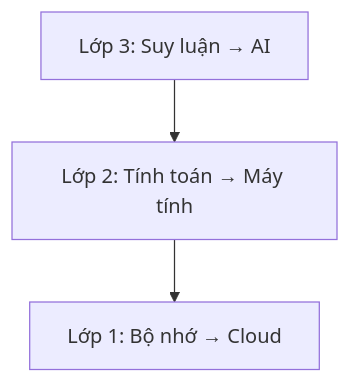
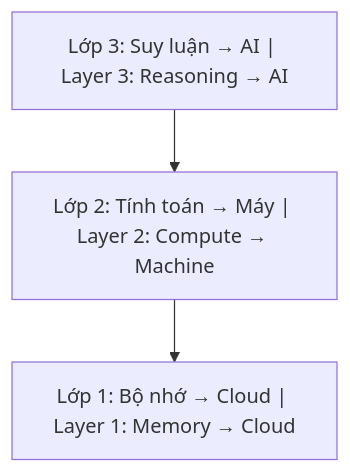
One commit to dyukahi/knowledge changed the first of 2 diagrams in mental-models/Bộ Não Rỗng và AI Brain Rot.md. Above: the diagram before and after it, drawn with Mermaid. The commit also changed other lines of this file and 2 other files, not shown here.

Commit message:
Add bilingual text to Mermaid diagrams (Vietnamese | English)

````diff
--- a/mental-models/Bộ Não Rỗng và AI Brain Rot.md
+++ b/mental-models/Bộ Não Rỗng và AI Brain Rot.md
@@ -47,8 +47,8 @@
 ```mermaid
 flowchart TB
-    L3[Lớp 3: Suy luận → AI]
-    L2[Lớp 2: Tính toán → Máy tính]
-    L1[Lớp 1: Bộ nhớ → Cloud]
+    L3["Lớp 3: Suy luận → AI | Layer 3: Reasoning → AI"]
+    L2["Lớp 2: Tính toán → Máy | Layer 2: Compute → Machine"]
+    L1["Lớp 1: Bộ nhớ → Cloud | Layer 1: Memory → Cloud"]
     
     L3 --> L2 --> L1
 ```
````
